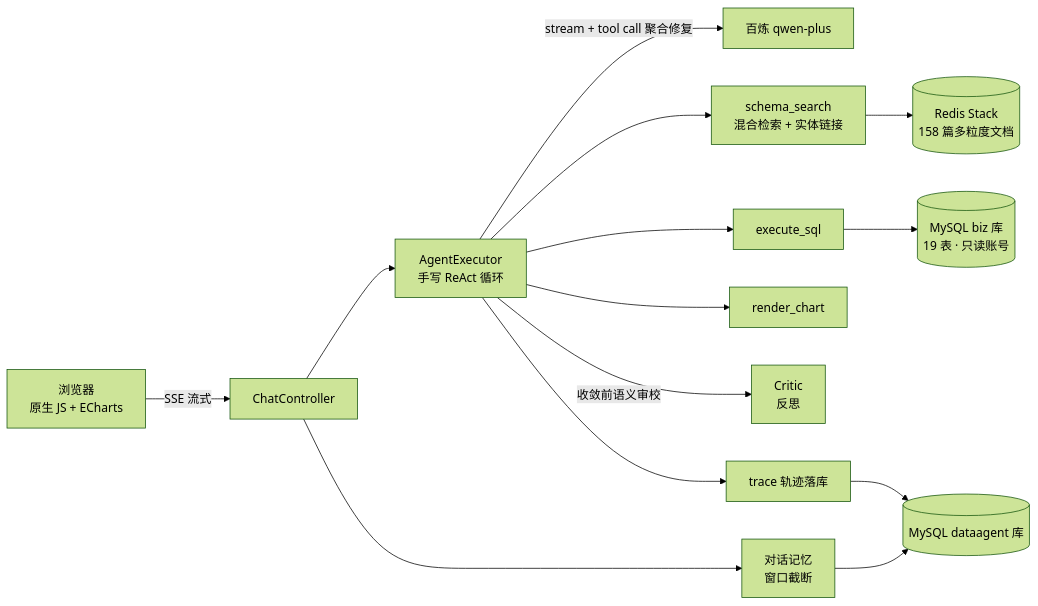
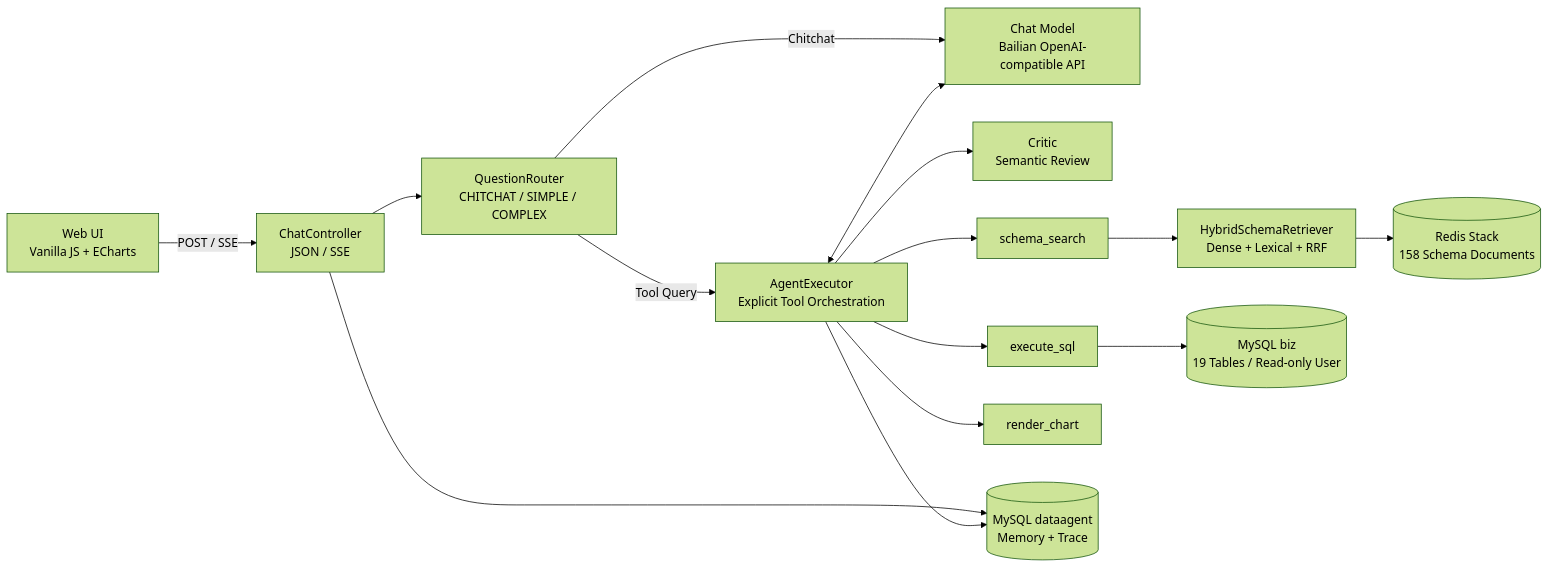
Before and after one commit to sinon1101/query-pilot: the diagram in README.md, drawn with Mermaid (forest theme). The commit also changed other lines of this file, not shown here.

Commit message:
docs: 重构 QueryPilot 项目主页

````diff
--- a/README.md
+++ b/README.md
@@ -41,15 +42,31 @@
 ```mermaid
 flowchart LR
-    U[浏览器<br>原生 JS + ECharts] -- "SSE 流式" --> C[ChatController]
-    C --> E[AgentExecutor<br>手写 ReAct 循环]
-    E -- "stream + tool call 聚合修复" --> LLM[百炼 qwen-plus]
-    E --> T1[schema_search<br>混合检索 + 实体链接]
-    E --> T2[execute_sql]
-    E --> T3[render_chart]
-    E -- "收敛前语义审校" --> CR[Critic<br>反思]
-    T1 --> R[(Redis Stack<br>158 篇多粒度文档)]
-    T2 --> M[(MySQL biz 库<br>19 表 · 只读账号)]
-    E --> TR[trace 轨迹落库]
-    C --> MEM[对话记忆<br>窗口截断]
-    TR & MEM --> M2[(MySQL dataagent 库)]
+    UI[Web UI<br/>Vanilla JS + ECharts]
+    API[ChatController<br/>JSON / SSE]
+    ROUTER[QuestionRouter<br/>CHITCHAT / SIMPLE / COMPLEX]
+    EXEC[AgentExecutor<br/>Explicit Tool Orchestration]
+    LLM[Chat Model<br/>Bailian OpenAI-compatible API]
+    CRITIC[Critic<br/>Semantic Review]
+    SCHEMA[schema_search]
+    SQL[execute_sql]
+    CHART[render_chart]
+    RETRIEVER[HybridSchemaRetriever<br/>Dense + Lexical + RRF]
+    REDIS[(Redis Stack<br/>158 Schema Documents)]
+    BIZ[(MySQL biz<br/>19 Tables / Read-only User)]
+    STORE[(MySQL dataagent<br/>Memory + Trace)]
+
+    UI -->|POST / SSE| API
+    API --> ROUTER
+    ROUTER -->|Tool Query| EXEC
+    ROUTER -->|Chitchat| LLM
+    EXEC <--> LLM
+    EXEC --> SCHEMA
+    EXEC --> SQL
+    EXEC --> CHART
+    EXEC --> CRITIC
+    SCHEMA --> RETRIEVER
+    RETRIEVER --> REDIS
+    SQL --> BIZ
+    API --> STORE
+    EXEC --> STORE
 ```
````
